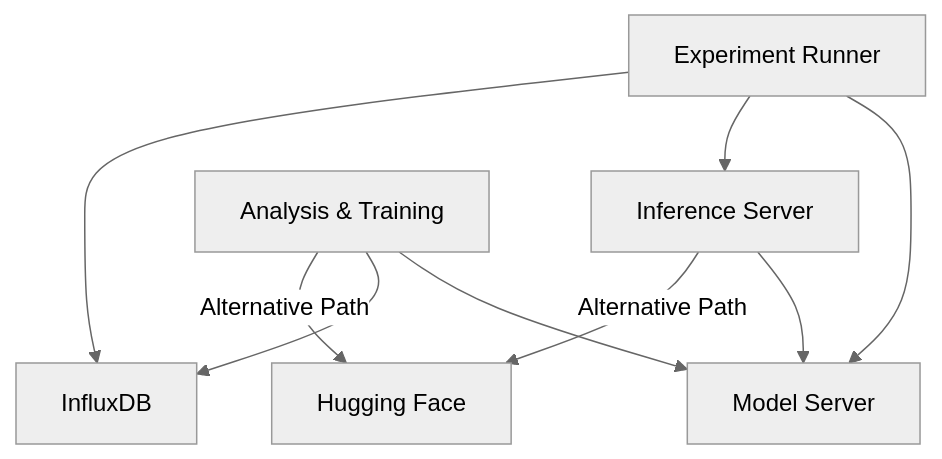
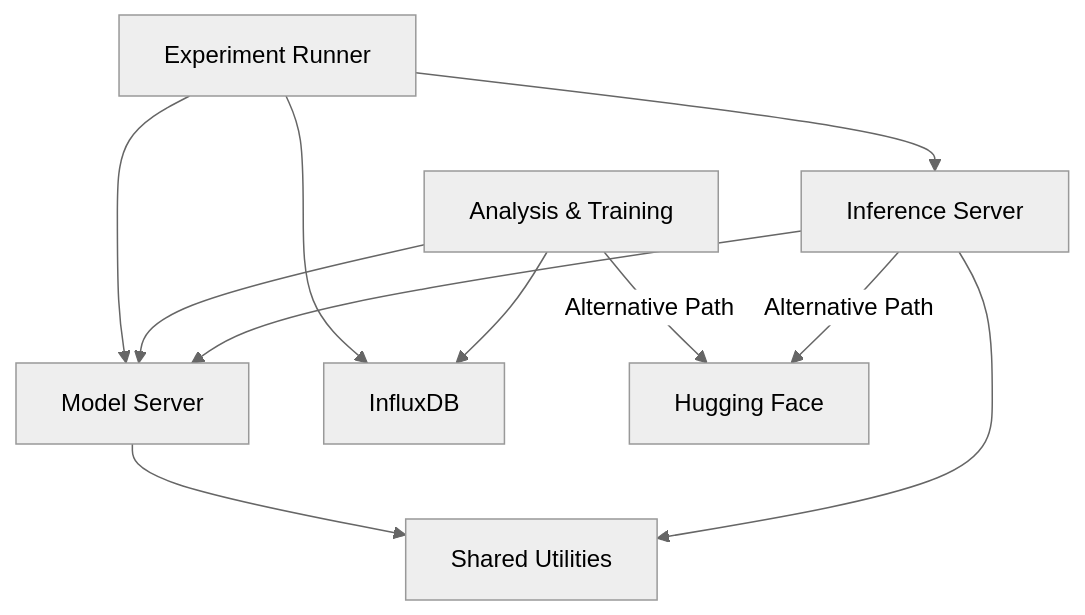
One commit to dustinmaas/simple-aiml-workflow changed the diagram in README.md. Above: the diagram before and after it, drawn with Mermaid (neutral theme). The commit also changed other lines of this file and 13 other files, not shown here.

````diff
--- a/README.md
+++ b/README.md
@@ -9,11 +9,13 @@
 ```mermaid
 flowchart TD
     ER[Experiment Runner] --> MS[Model Server]
     ER --> IS[Inference Server]
     ER --> IDB[InfluxDB]
     AT[Analysis & Training] --> MS
     AT --> IDB
     IS --> MS
     AT -- Alternative Path --> HF[Hugging Face]
     IS -- Alternative Path --> HF
+    MS --> SU[Shared Utilities]
+    IS --> SU
 ```
````
